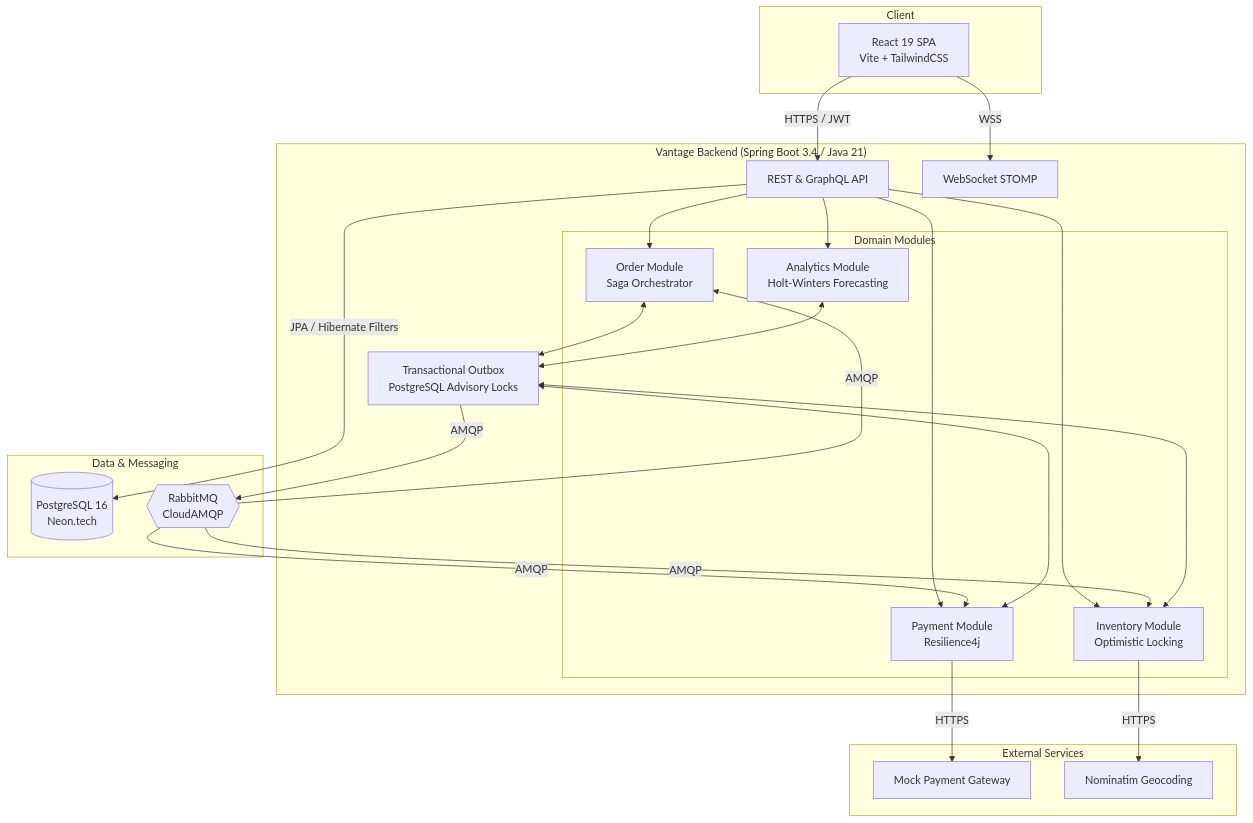
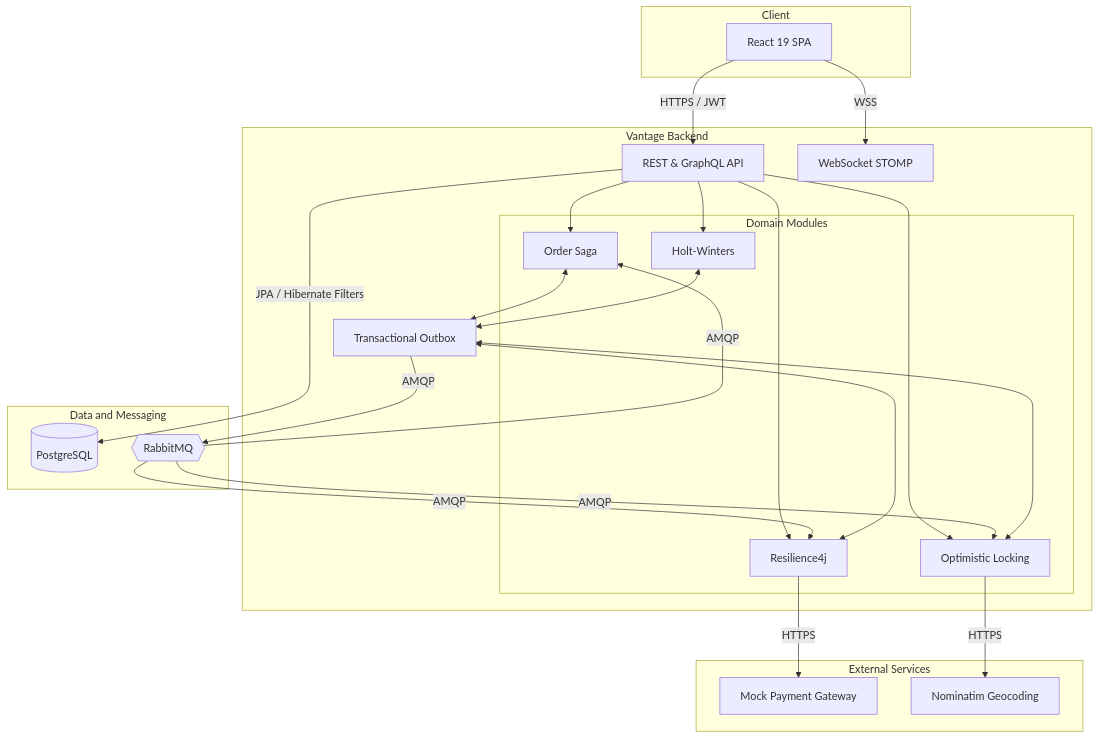
The diagram in README.md (elcoosp/vantage), drawn with Mermaid before and after one commit. The commit also changed 1 other file, not shown here.

Commit message:
docs: overwrite README with simplified safe Mermaid syntax

````diff
--- a/README.md
+++ b/README.md
@@ -31,52 +31,52 @@
 ```mermaid
 graph TD
-    subgraph "Client"
-        React[React 19 SPA<br/>Vite + TailwindCSS]
+    subgraph Client
+        React[React 19 SPA]
     end
 
-    subgraph "Vantage Backend (Spring Boot 3.4 / Java 21)"
+    subgraph Vantage Backend
         API[REST & GraphQL API]
         WS[WebSocket STOMP]
 
-        subgraph "Domain Modules"
-            Order[Order Module<br/>Saga Orchestrator]
-            Inventory[Inventory Module<br/>Optimistic Locking]
-            Payment[Payment Module<br/>Resilience4j]
-            Analytics[Analytics Module<br/>Holt-Winters Forecasting]
+        subgraph Domain Modules
+            Order[Order Saga]
+            Inventory[Optimistic Locking]
+            Payment[Resilience4j]
+            Analytics[Holt-Winters]
         end
 
-        Outbox[Transactional Outbox<br/>PostgreSQL Advisory Locks]
+        Outbox[Transactional Outbox]
     end
 
-    subgraph "Data & Messaging"
-        PG[(PostgreSQL 16<br/>Neon.tech)]
-        RMQ{{RabbitMQ<br/>CloudAMQP}}
+    subgraph Data and Messaging
+        PG[(PostgreSQL)]
+        RMQ{{RabbitMQ}}
     end
 
-    subgraph "External Services"
+    subgraph External Services
         Pay[Mock Payment Gateway]
         Geo[Nominatim Geocoding]
     end
 
     React -->|HTTPS / JWT| API
     React -->|WSS| WS
 
     API -->|JPA / Hibernate Filters| PG
     API --> Order
     API --> Inventory
     API --> Payment
     API --> Analytics
 
     Order <--> Outbox
     Inventory <--> Outbox
     Payment <--> Outbox
     Analytics <--> Outbox
 
     Outbox -->|AMQP| RMQ
     RMQ -->|AMQP| Order
     RMQ -->|AMQP| Inventory
     RMQ -->|AMQP| Payment
 
     Payment -->|HTTPS| Pay
     Inventory -->|HTTPS| Geo
 ```
````
